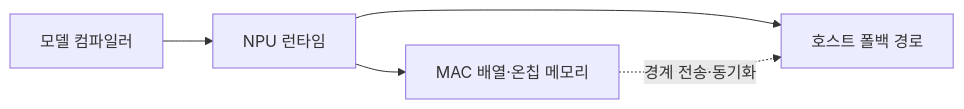
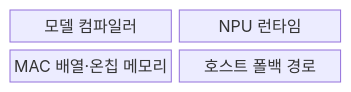
Before and after one commit to agnusdei1207/knowledge-base: the first of 2 diagrams in src/content/docs/notes/02-hardware/044_neural_processing_unit.md, drawn with Mermaid. The commit also changed other lines of this file and 20 other files, not shown here.

````diff
--- a/src/content/docs/notes/02-hardware/044_neural_processing_unit.md
+++ b/src/content/docs/notes/02-hardware/044_neural_processing_unit.md
@@ -66,7 +64,8 @@
 ```mermaid
-flowchart LR
-    C["모델 컴파일러"] --> R["NPU 런타임"]
-    R --> N["MAC 배열·온칩 메모리"]
-    R --> H["호스트 폴백 경로"]
-    N -. "경계 전송·동기화" .-> H
+block
+    columns 2
+    C["모델 컴파일러"]
+    R["NPU 런타임"]
+    N["MAC 배열·온칩 메모리"]
+    H["호스트 폴백 경로"]
 ```
````
